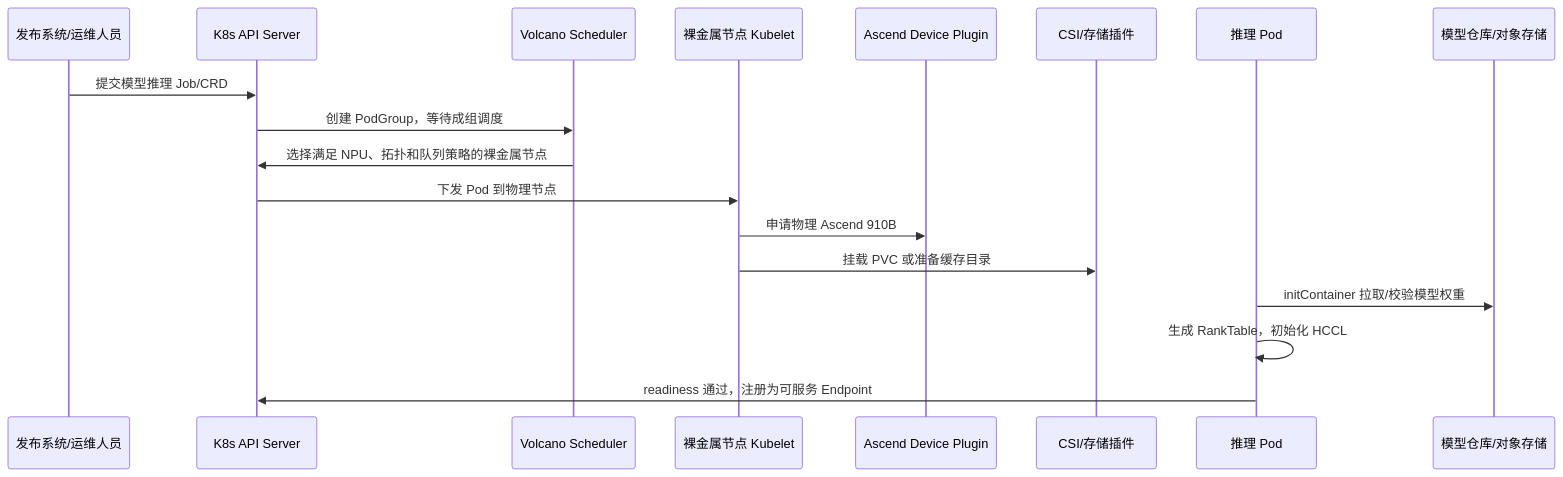
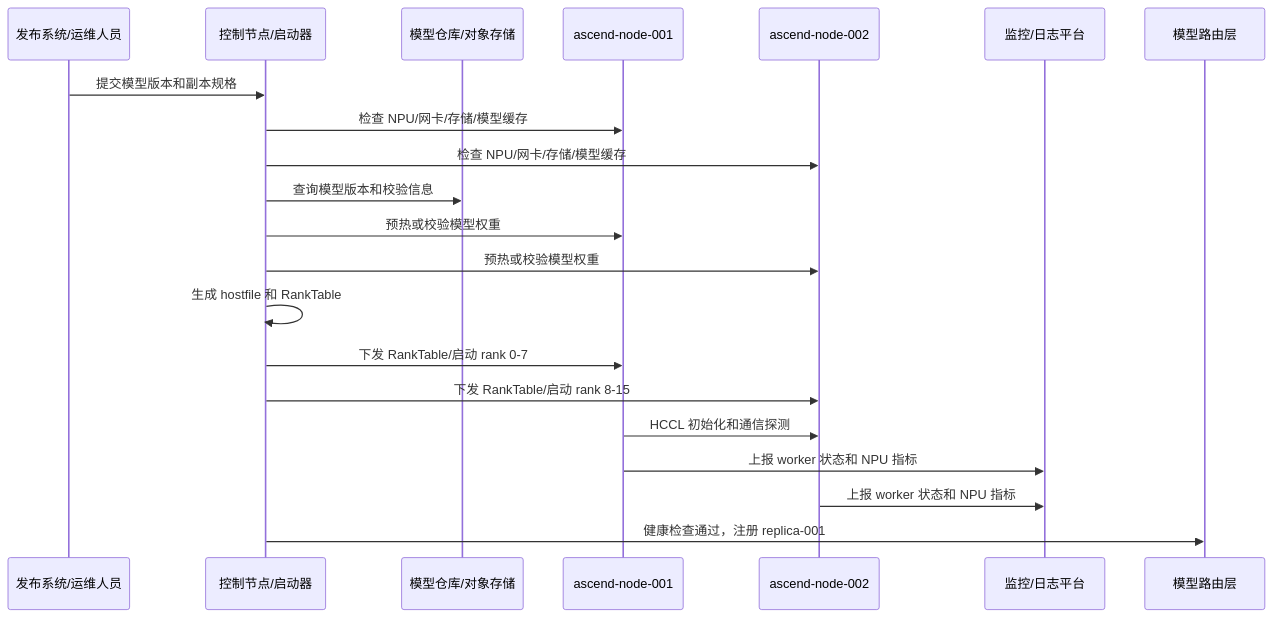
One commit to yimingren30/12306 changed the fifth of 6 diagrams in docs/ai-computing-center-network-fault-sharing.md. Above: the diagram before and after it, drawn with Mermaid. The commit also changed other lines of this file, not shown here.

Commit message:
Change Ascend scenario to direct switch deployment

````diff
--- a/docs/ai-computing-center-network-fault-sharing.md
+++ b/docs/ai-computing-center-network-fault-sharing.md
@@ -3385,21 +3119,24 @@
 ```mermaid
 sequenceDiagram
     participant User as 发布系统/运维人员
-    participant APIServer as K8s API Server
-    participant Volcano as Volcano Scheduler
-    participant Kubelet as 裸金属节点 Kubelet
-    participant DevicePlugin as Ascend Device Plugin
-    participant CSI as CSI/存储插件
-    participant Pod as 推理 Pod
-    participant ModelStore as 模型仓库/对象存储
+    participant Control as 控制节点/启动器
+    participant Store as 模型仓库/对象存储
+    participant NodeA as ascend-node-001
+    participant NodeB as ascend-node-002
+    participant Monitor as 监控/日志平台
+    participant Router as 模型路由层
 
-    User->>APIServer: 提交模型推理 Job/CRD
-    APIServer->>Volcano: 创建 PodGroup，等待成组调度
-    Volcano->>APIServer: 选择满足 NPU、拓扑和队列策略的裸金属节点
-    APIServer->>Kubelet: 下发 Pod 到物理节点
-    Kubelet->>DevicePlugin: 申请物理 Ascend 910B
-    Kubelet->>CSI: 挂载 PVC 或准备缓存目录
-    Pod->>ModelStore: initContainer 拉取/校验模型权重
-    Pod->>Pod: 生成 RankTable，初始化 HCCL
-    Pod->>APIServer: readiness 通过，注册为可服务 Endpoint
+    User->>Control: 提交模型版本和副本规格
+    Control->>NodeA: 检查 NPU/网卡/存储/模型缓存
+    Control->>NodeB: 检查 NPU/网卡/存储/模型缓存
+    Control->>Store: 查询模型版本和校验信息
+    Control->>NodeA: 预热或校验模型权重
+    Control->>NodeB: 预热或校验模型权重
+    Control->>Control: 生成 hostfile 和 RankTable
+    Control->>NodeA: 下发 RankTable/启动 rank 0-7
+    Control->>NodeB: 下发 RankTable/启动 rank 8-15
+    NodeA->>NodeB: HCCL 初始化和通信探测
+    NodeA->>Monitor: 上报 worker 状态和 NPU 指标
+    NodeB->>Monitor: 上报 worker 状态和 NPU 指标
+    Control->>Router: 健康检查通过，注册 replica-001
 ```
````
